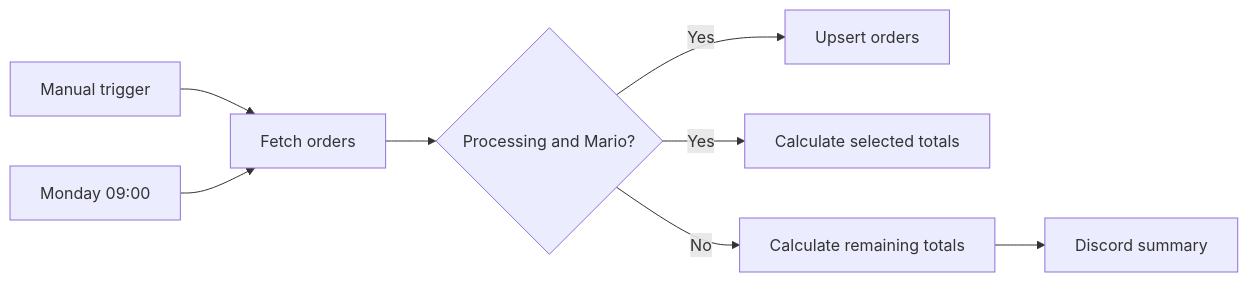
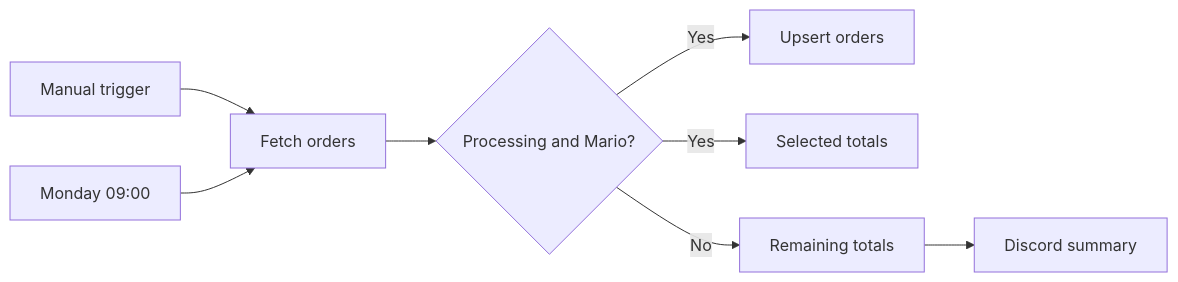
Before and after one commit to DiegoLeaoGarcia/n8n-Academy-QS101: the diagram in README.md, drawn with Mermaid. The commit also changed other lines of this file, not shown here.

````diff
--- a/README.md
+++ b/README.md
@@ -59,10 +39,10 @@
 ```mermaid
 flowchart LR
     A[Manual trigger] --> C[Fetch orders]
     B[Monday 09:00] --> C
     C --> D{Processing and Mario?}
     D -->|Yes| E[Upsert orders]
-    D -->|Yes| F[Calculate selected totals]
-    D -->|No| G[Calculate remaining totals]
+    D -->|Yes| F[Selected totals]
+    D -->|No| G[Remaining totals]
     G --> H[Discord summary]
 ```
````
